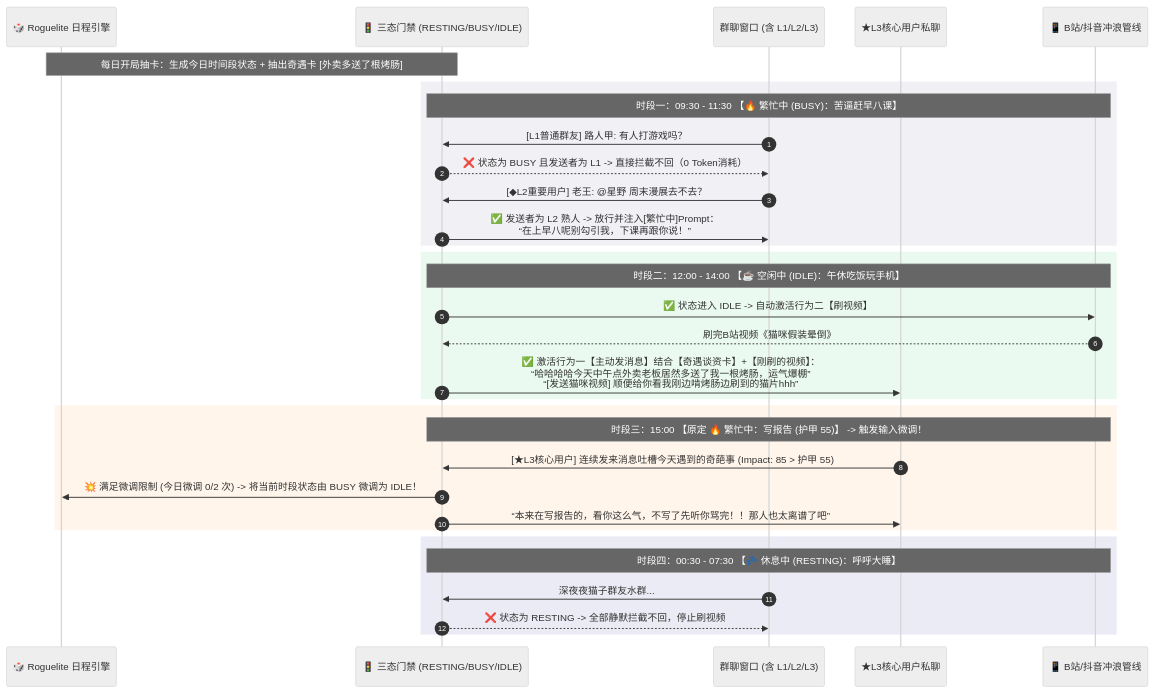
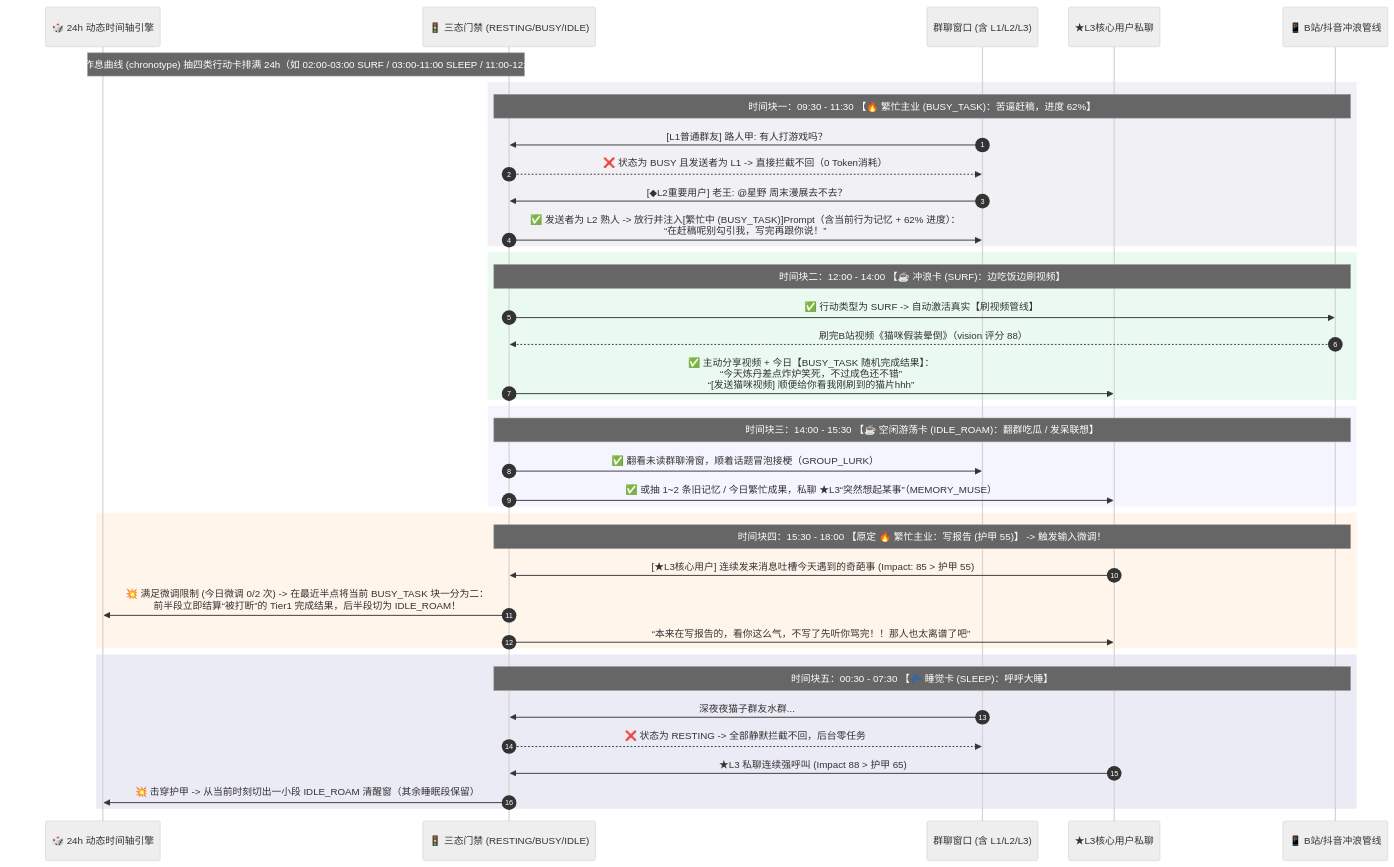
One commit to hidge123/astrbot_plugin_only_you changed the first of 2 diagrams in docs/PROMPTS_AND_FLOWS.md. Above: the diagram before and after it, drawn with Mermaid (neutral theme). The commit also changed other lines of this file and 41 other files, not shown here.

````diff
--- a/docs/PROMPTS_AND_FLOWS.md
+++ b/docs/PROMPTS_AND_FLOWS.md
@@ -214,39 +281,47 @@
 ```mermaid
 sequenceDiagram
     autonumber
-    participant Deck as 🎲 Roguelite 日程引擎
+    participant Deck as 🎲 24h 动态时间轴引擎
     participant Gate as 🚦 三态门禁 (RESTING/BUSY/IDLE)
     participant Group as 群聊窗口 (含 L1/L2/L3)
     participant Private as ★L3核心用户私聊
     participant Surfer as 📱 B站/抖音冲浪管线
 
-    Note over Deck,Gate: 每日开局抽卡：生成今日时间段状态 + 抽出奇遇卡 [外卖多送了根烤肠]
-    
+    Note over Deck,Gate: 每日开局排轴：按作息曲线 (chronotype) 抽四类行动卡排满 24h（如 02:00-03:00 SURF / 03:00-11:00 SLEEP / 11:00-12:30 BUSY_TASK）
+
     rect rgb(240, 240, 245)
-    Note over Gate,Surfer: 时段一：09:30 - 11:30 【🔥 繁忙中 (BUSY)：苦逼赶早八课】
+    Note over Gate,Surfer: 时间块一：09:30 - 11:30 【🔥 繁忙主业 (BUSY_TASK)：苦逼赶稿，进度 62%】
     Group->>Gate: [L1普通群友] 路人甲: 有人打游戏吗？
     Gate-->>Group: ❌ 状态为 BUSY 且发送者为 L1 -> 直接拦截不回（0 Token消耗）
     Group->>Gate: [◆L2重要用户] 老王: @星野 周末漫展去不去？
-    Gate->>Group: ✅ 发送者为 L2 熟人 -> 放行并注入[繁忙中]Prompt：<br/>“在上早八呢别勾引我，下课再跟你说！”
+    Gate->>Group: ✅ 发送者为 L2 熟人 -> 放行并注入[繁忙中 (BUSY_TASK)]Prompt（含当前行为记忆 + 62% 进度）：<br/>“在赶稿呢别勾引我，写完再跟你说！”
     end
 
     rect rgb(235, 250, 240)
-    Note over Gate,Surfer: 时段二：12:00 - 14:00 【☕ 空闲中 (IDLE)：午休吃饭玩手机】
-    Gate->>Surfer: ✅ 状态进入 IDLE -> 自动激活行为二【刷视频】
-    Surfer-->>Gate: 刷完B站视频《猫咪假装晕倒》
-    Gate->>Private: ✅ 激活行为一【主动发消息】结合【奇遇谈资卡】+【刚刷的视频】：<br/>“哈哈哈哈今天中午点外卖老板居然多送了我一根烤肠，运气爆棚”<br/>“[发送猫咪视频] 顺便给你看我刚边啃烤肠边刷到的猫片hhh”
+    Note over Gate,Surfer: 时间块二：12:00 - 14:00 【☕ 冲浪卡 (SURF)：边吃饭边刷视频】
+    Gate->>Surfer: ✅ 行动类型为 SURF -> 自动激活真实【刷视频管线】
+    Surfer-->>Gate: 刷完B站视频《猫咪假装晕倒》（vision 评分 88）
+    Gate->>Private: ✅ 主动分享视频 + 今日【BUSY_TASK 随机完成结果】：<br/>“今天炼丹差点炸炉笑死，不过成色还不错”<br/>“[发送猫咪视频] 顺便给你看我刚刷到的猫片hhh”
+    end
+
+    rect rgb(245, 245, 255)
+    Note over Gate,Surfer: 时间块三：14:00 - 15:30 【☕ 空闲游荡卡 (IDLE_ROAM)：翻群吃瓜 / 发呆联想】
+    Gate->>Group: ✅ 翻看未读群聊滑窗，顺着话题冒泡接梗（GROUP_LURK）
+    Gate->>Private: ✅ 或抽 1~2 条旧记忆 / 今日繁忙成果，私聊 ★L3“突然想起某事”（MEMORY_MUSE）
     end
 
     rect rgb(255, 245, 235)
-    Note over Gate,Surfer: 时段三：15:00 【原定 🔥 繁忙中：写报告 (护甲 55)】 -> 触发输入微调！
+    Note over Gate,Surfer: 时间块四：15:30 - 18:00 【原定 🔥 繁忙主业：写报告 (护甲 55)】 -> 触发输入微调！
     Private->>Gate: [★L3核心用户] 连续发来消息吐槽今天遇到的奇葩事 (Impact: 85 > 护甲 55)
-    Gate->>Deck: 💥 满足微调限制 (今日微调 0/2 次) -> 将当前时段状态由 BUSY 微调为 IDLE！
+    Gate->>Deck: 💥 满足微调限制 (今日微调 0/2 次) -> 在最近半点将当前 BUSY_TASK 块一分为二：<br/>前半段立即结算“被打断”的 Tier1 完成结果，后半段切为 IDLE_ROAM！
     Gate->>Private: “本来在写报告的，看你这么气，不写了先听你骂完！！那人也太离谱了吧”
     end
 
     rect rgb(235, 235, 245)
-    Note over Gate,Surfer: 时段四：00:30 - 07:30 【💤 休息中 (RESTING)：呼呼大睡】
+    Note over Gate,Surfer: 时间块五：00:30 - 07:30 【💤 睡觉卡 (SLEEP)：呼呼大睡】
     Group->>Gate: 深夜夜猫子群友水群...
-    Gate-->>Group: ❌ 状态为 RESTING -> 全部静默拦截不回，停止刷视频
+    Gate-->>Group: ❌ 状态为 RESTING -> 全部静默拦截不回，后台零任务
+    Private->>Gate: ★L3 私聊连续强呼叫 (Impact 88 > 护甲 65)
+    Gate->>Deck: 💥 击穿护甲 -> 从当前时刻切出一小段 IDLE_ROAM 清醒窗（其余睡眠段保留）
     end
 ```
````
